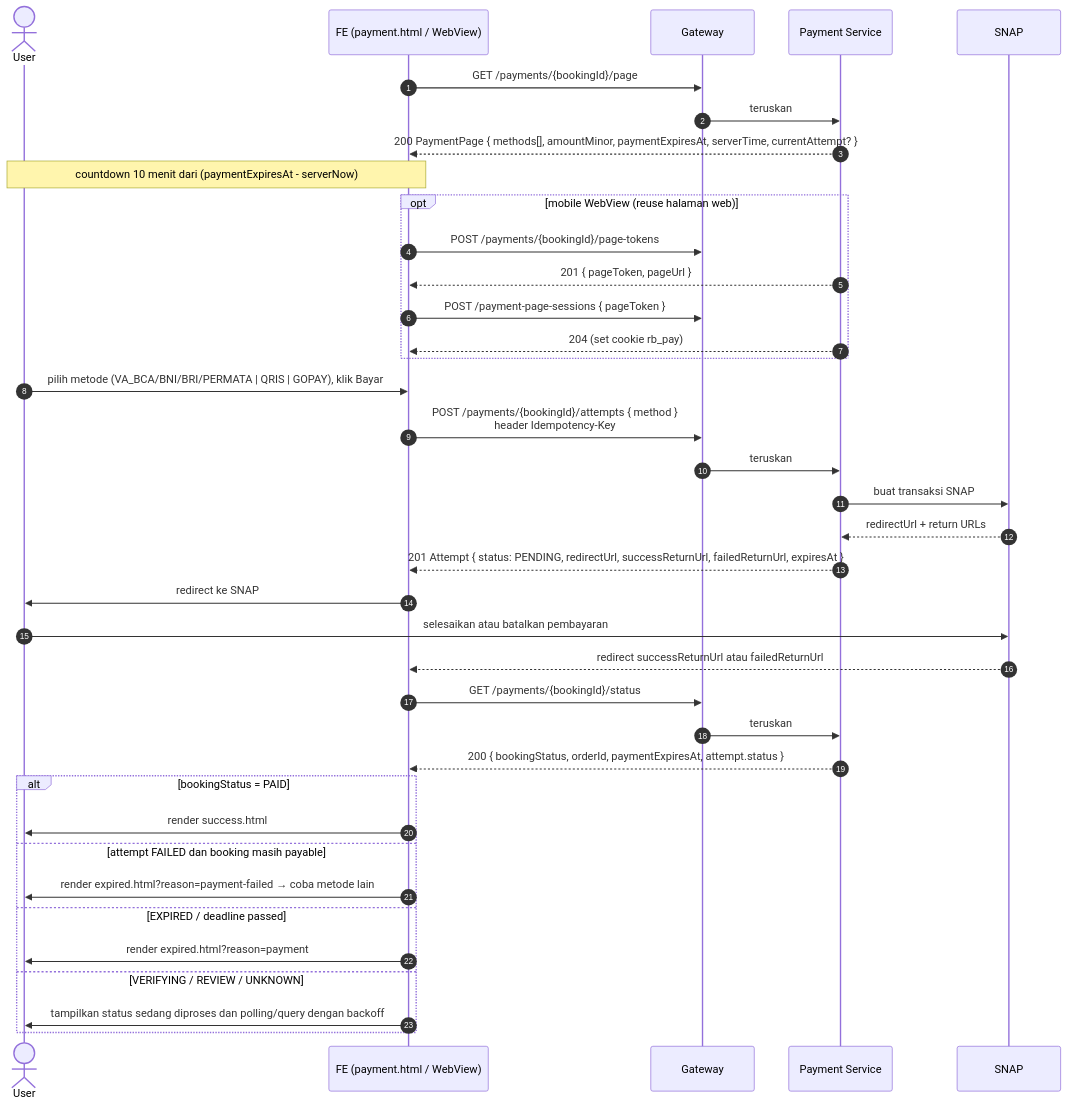
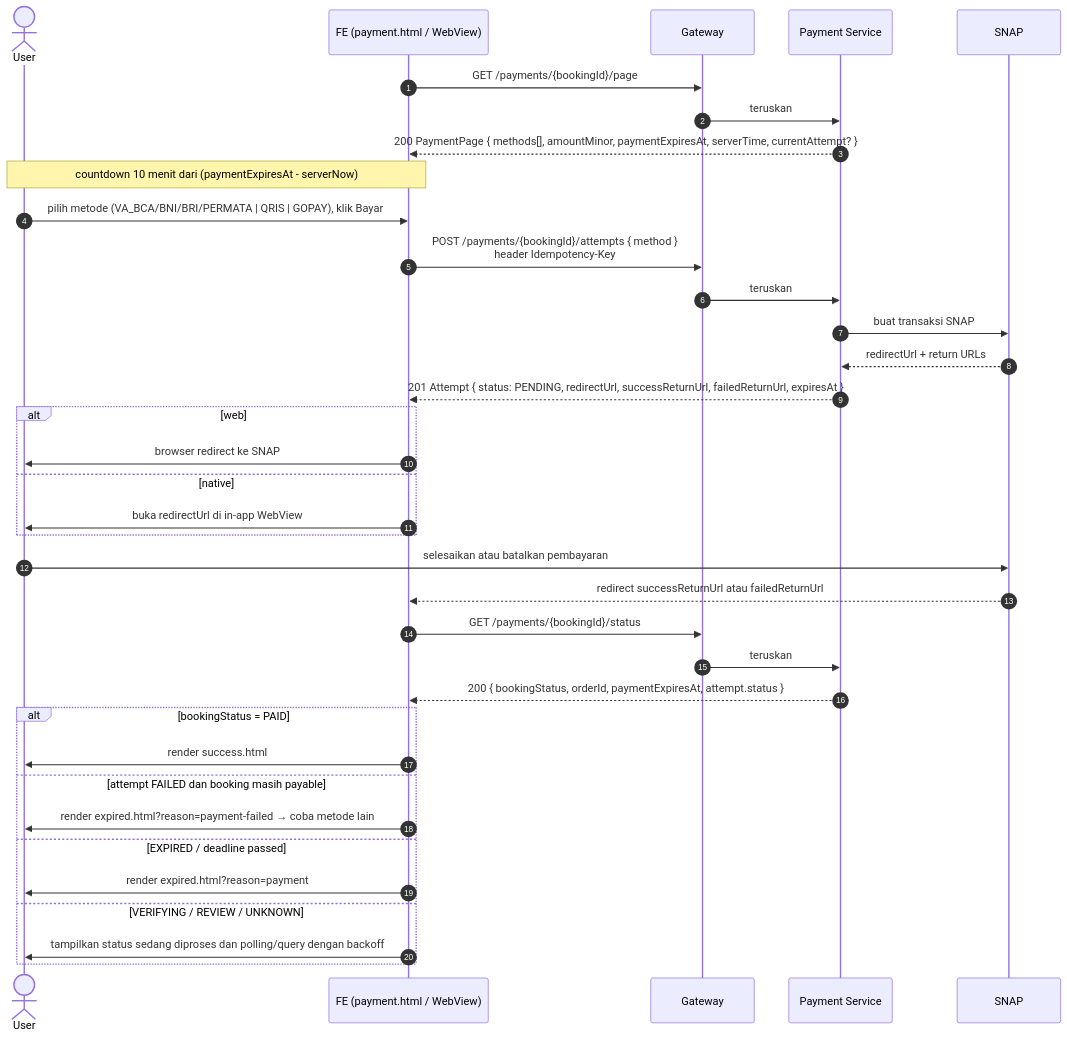
Before and after one commit to tiket-sampai-nonton/rusuh-booking-mobile: the fifth of 11 diagrams in .genesis/docs/FE-Flow-Diagrams.md, drawn with Mermaid. The commit also changed other lines of this file and 75 other files, not shown here.

````diff
--- a/.genesis/docs/FE-Flow-Diagrams.md
+++ b/.genesis/docs/FE-Flow-Diagrams.md
@@ -278,43 +278,40 @@
 ```mermaid
 sequenceDiagram
   autonumber
   actor U as User
   participant FE as FE (payment.html / WebView)
   participant G as Gateway
   participant P as Payment Service
   participant M as SNAP
 
   FE->>G: GET /payments/{bookingId}/page
   G->>P: teruskan
   P-->>FE: 200 PaymentPage { methods[], amountMinor, paymentExpiresAt, serverTime, currentAttempt? }
   Note over FE,U: countdown 10 menit dari (paymentExpiresAt - serverNow)
 
-  opt mobile WebView (reuse halaman web)
-    FE->>G: POST /payments/{bookingId}/page-tokens
-    P-->>FE: 201 { pageToken, pageUrl }
-    FE->>G: POST /payment-page-sessions { pageToken }
-    P-->>FE: 204 (set cookie rb_pay)
-  end
-
   U->>FE: pilih metode (VA_BCA/BNI/BRI/PERMATA | QRIS | GOPAY), klik Bayar
   FE->>G: POST /payments/{bookingId}/attempts { method }<br/>header Idempotency-Key
   G->>P: teruskan
   P->>M: buat transaksi SNAP
   M-->>P: redirectUrl + return URLs
   P-->>FE: 201 Attempt { status: PENDING, redirectUrl, successReturnUrl, failedReturnUrl, expiresAt }
-  FE->>U: redirect ke SNAP
+  alt web
+    FE->>U: browser redirect ke SNAP
+  else native
+    FE->>U: buka redirectUrl di in-app WebView
+  end
   U->>M: selesaikan atau batalkan pembayaran
   M-->>FE: redirect successReturnUrl atau failedReturnUrl
   FE->>G: GET /payments/{bookingId}/status
   G->>P: teruskan
   P-->>FE: 200 { bookingStatus, orderId, paymentExpiresAt, attempt.status }
   alt bookingStatus = PAID
     FE->>U: render success.html
   else attempt FAILED dan booking masih payable
     FE->>U: render expired.html?reason=payment-failed → coba metode lain
   else EXPIRED / deadline passed
     FE->>U: render expired.html?reason=payment
   else VERIFYING / REVIEW / UNKNOWN
     FE->>U: tampilkan status sedang diproses dan polling/query dengan backoff
   end
 ```
````
